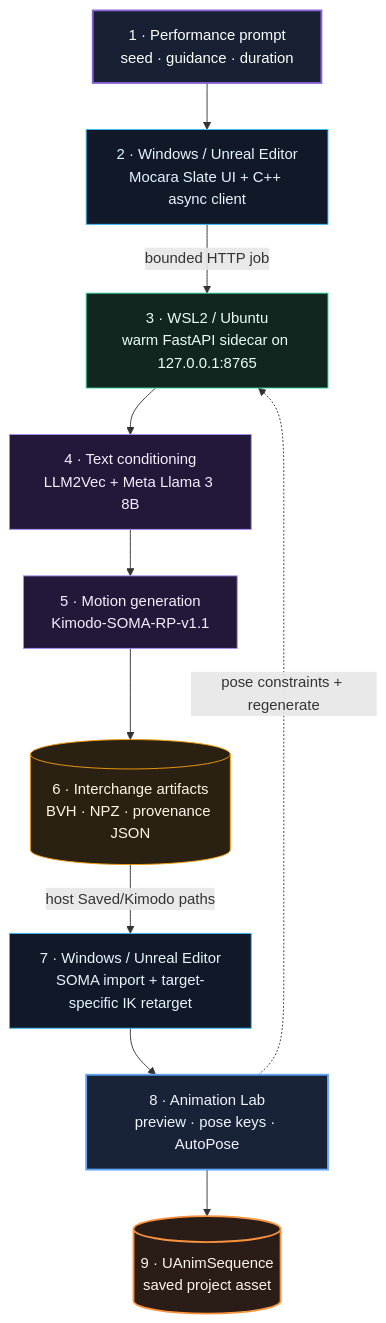
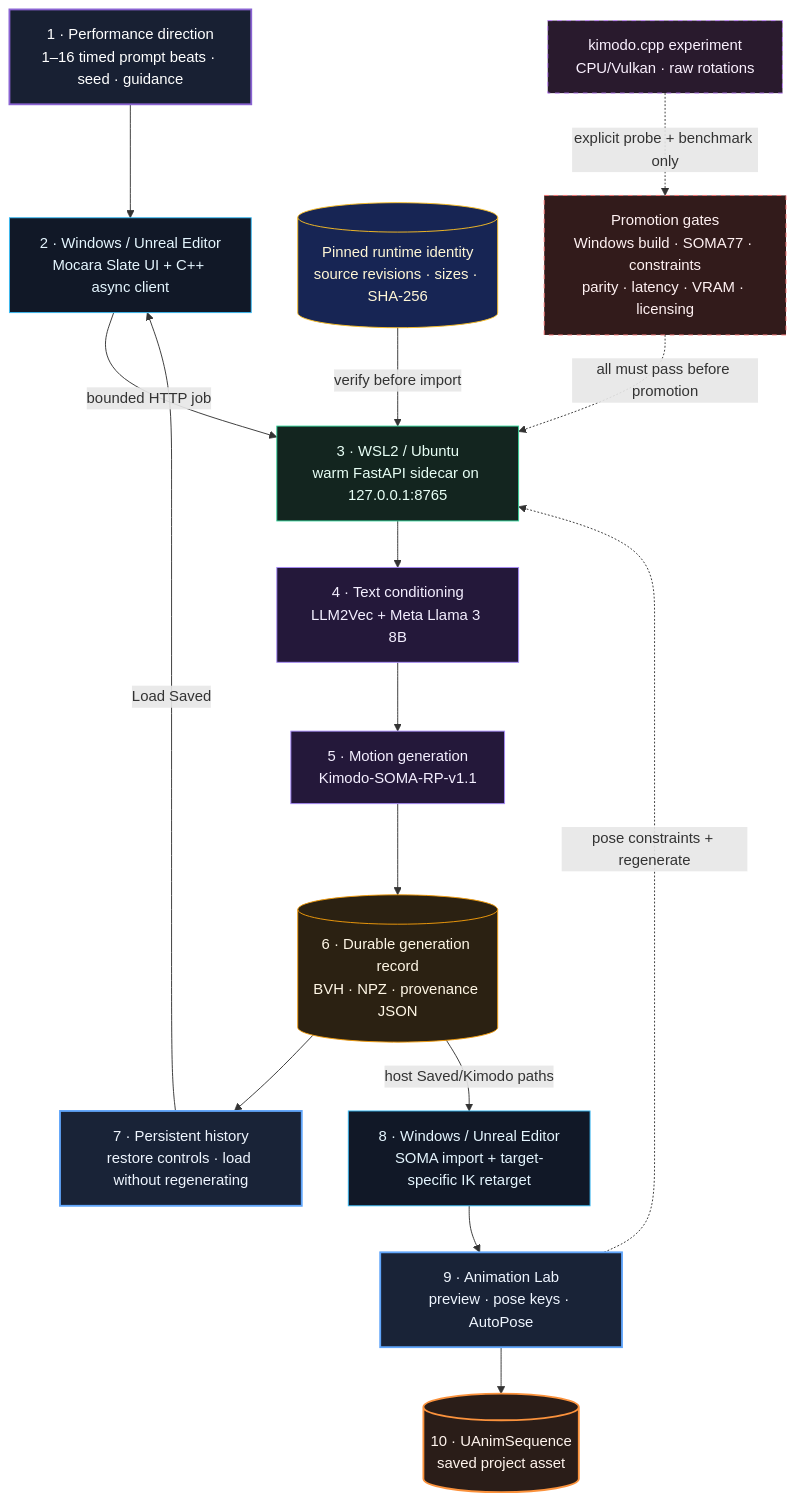
Before and after one commit to Conalh/Mocara-Unreal: the diagram in README.md, drawn with Mermaid. The commit also changed other lines of this file and 32 other files, not shown here.

````diff
--- a/README.md
+++ b/README.md
@@ -58,27 +58,39 @@
 ```mermaid
 flowchart TB
-    Input["1 · Performance prompt<br/>seed · guidance · duration"]:::input
+    Input["1 · Performance direction<br/>1–16 timed prompt beats · seed · guidance"]:::input
     Author["2 · Windows / Unreal Editor<br/>Mocara Slate UI + C++ async client"]:::unreal
     Service["3 · WSL2 / Ubuntu<br/>warm FastAPI sidecar on 127.0.0.1:8765"]:::sidecar
+    Manifest[("Pinned runtime identity<br/>source revisions · sizes · SHA-256")]:::evidence
     Text["4 · Text conditioning<br/>LLM2Vec + Meta Llama 3 8B"]:::model
     Motion["5 · Motion generation<br/>Kimodo-SOMA-RP-v1.1"]:::model
-    Files[("6 · Interchange artifacts<br/>BVH · NPZ · provenance JSON")]:::artifact
-    Import["7 · Windows / Unreal Editor<br/>SOMA import + target-specific IK retarget"]:::unreal
-    Lab["8 · Animation Lab<br/>preview · pose keys · AutoPose"]:::author
-    Asset[("9 · UAnimSequence<br/>saved project asset")]:::output
+    Files[("6 · Durable generation record<br/>BVH · NPZ · provenance JSON")]:::artifact
+    History["7 · Persistent history<br/>restore controls · load without regenerating"]:::author
+    Import["8 · Windows / Unreal Editor<br/>SOMA import + target-specific IK retarget"]:::unreal
+    Lab["9 · Animation Lab<br/>preview · pose keys · AutoPose"]:::author
+    Asset[("10 · UAnimSequence<br/>saved project asset")]:::output
+    Native["kimodo.cpp experiment<br/>CPU/Vulkan · raw rotations"]:::experiment
+    Gates["Promotion gates<br/>Windows build · SOMA77 · constraints<br/>parity · latency · VRAM · licensing"]:::gate
 
     Input --> Author
     Author -->|"bounded HTTP job"| Service
+    Manifest -->|"verify before import"| Service
     Service --> Text --> Motion --> Files
+    Files --> History
+    History -->|"Load Saved"| Author
     Files -->|"host Saved/Kimodo paths"| Import
     Import --> Lab --> Asset
     Lab -. "pose constraints + regenerate" .-> Service
+    Native -. "explicit probe + benchmark only" .-> Gates
+    Gates -. "all must pass before promotion" .-> Service
 
     classDef input fill:#182033,stroke:#8a63d2,color:#ffffff,stroke-width:2px
     classDef unreal fill:#111827,stroke:#38bdf8,color:#e5f6ff
     classDef sidecar fill:#13251f,stroke:#34d399,color:#e8fff6
     classDef model fill:#24183a,stroke:#a78bfa,color:#f4efff
     classDef artifact fill:#2b2112,stroke:#f59e0b,color:#fff7e6
     classDef author fill:#192337,stroke:#60a5fa,color:#eff6ff,stroke-width:2px
     classDef output fill:#2a1d18,stroke:#fb923c,color:#fff4ed,stroke-width:2px
+    classDef evidence fill:#172554,stroke:#fbbf24,color:#fff7d6
+    classDef experiment fill:#291a2d,stroke:#c084fc,color:#fbf1ff,stroke-dasharray: 5 5
+    classDef gate fill:#321b1b,stroke:#f87171,color:#fff1f2,stroke-dasharray: 5 5
 ```
````
